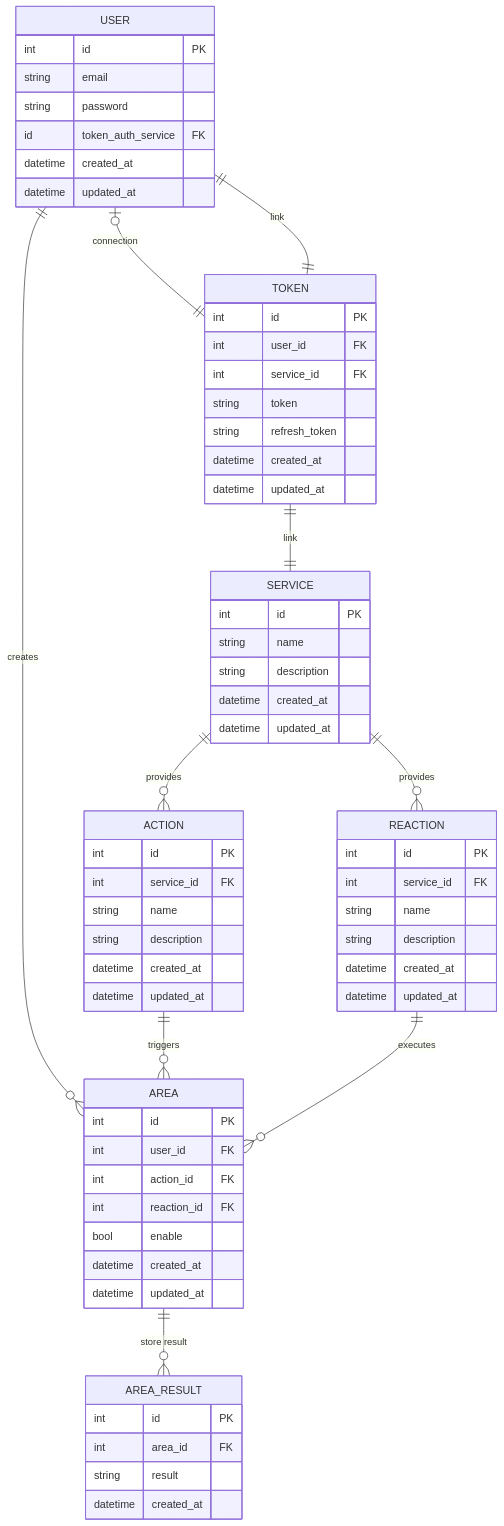
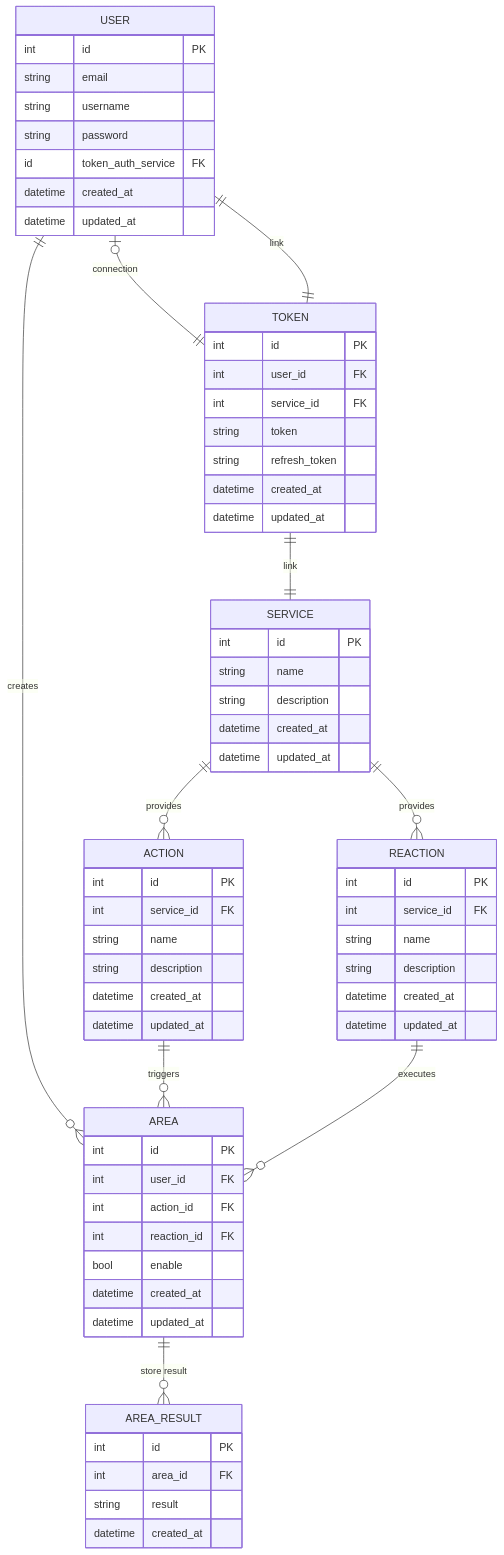
The diagram in docs/database.md (Epitouche/Perimeter), drawn with Mermaid before and after one commit. The commit also changed 1 other file, not shown here.

Commit message:
[UPD] rename API title and description add username field to USER table

````diff
--- a/docs/database.md
+++ b/docs/database.md
@@ -16,71 +16,72 @@
 ```mermaid
 erDiagram
     USER {
         int id PK
         string email
+        string username
         string password
         id token_auth_service FK
         datetime created_at
         datetime updated_at
     }
     SERVICE {
         int id PK
         string name
         string description
         datetime created_at
         datetime updated_at
     }
     ACTION {
         int id PK
         int service_id FK
         string name
         string description
         datetime created_at
         datetime updated_at
     }
     REACTION {
         int id PK
         int service_id FK
         string name
         string description
         datetime created_at
         datetime updated_at
     }
 
     AREA {
         int id PK
         int user_id FK
         int action_id FK
         int reaction_id FK
         bool enable
         datetime created_at
         datetime updated_at
     }
 
     AREA_RESULT {
         int id PK
         int area_id FK
         string result
         datetime created_at
     }
 
     TOKEN {
         int id PK
         int user_id FK
         int service_id FK
         string token
         string refresh_token
         datetime created_at
         datetime updated_at
     }
 
     USER ||--o{ AREA : "creates"
     SERVICE ||--o{ ACTION : "provides"
     SERVICE ||--o{ REACTION : "provides"
     ACTION ||--o{ AREA : "triggers"
     REACTION ||--o{ AREA : "executes"
     USER |o--|| TOKEN : "connection"
     TOKEN ||--|| USER : "link"
     TOKEN ||--|| SERVICE : "link"
     AREA ||--o{ AREA_RESULT : "store result"
 ```
````
